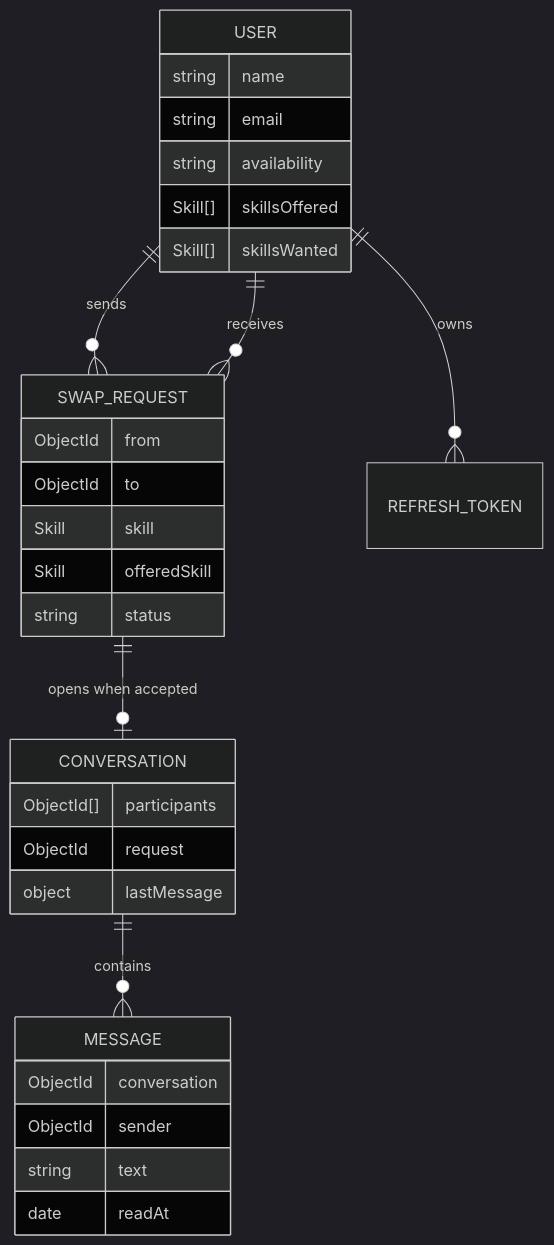
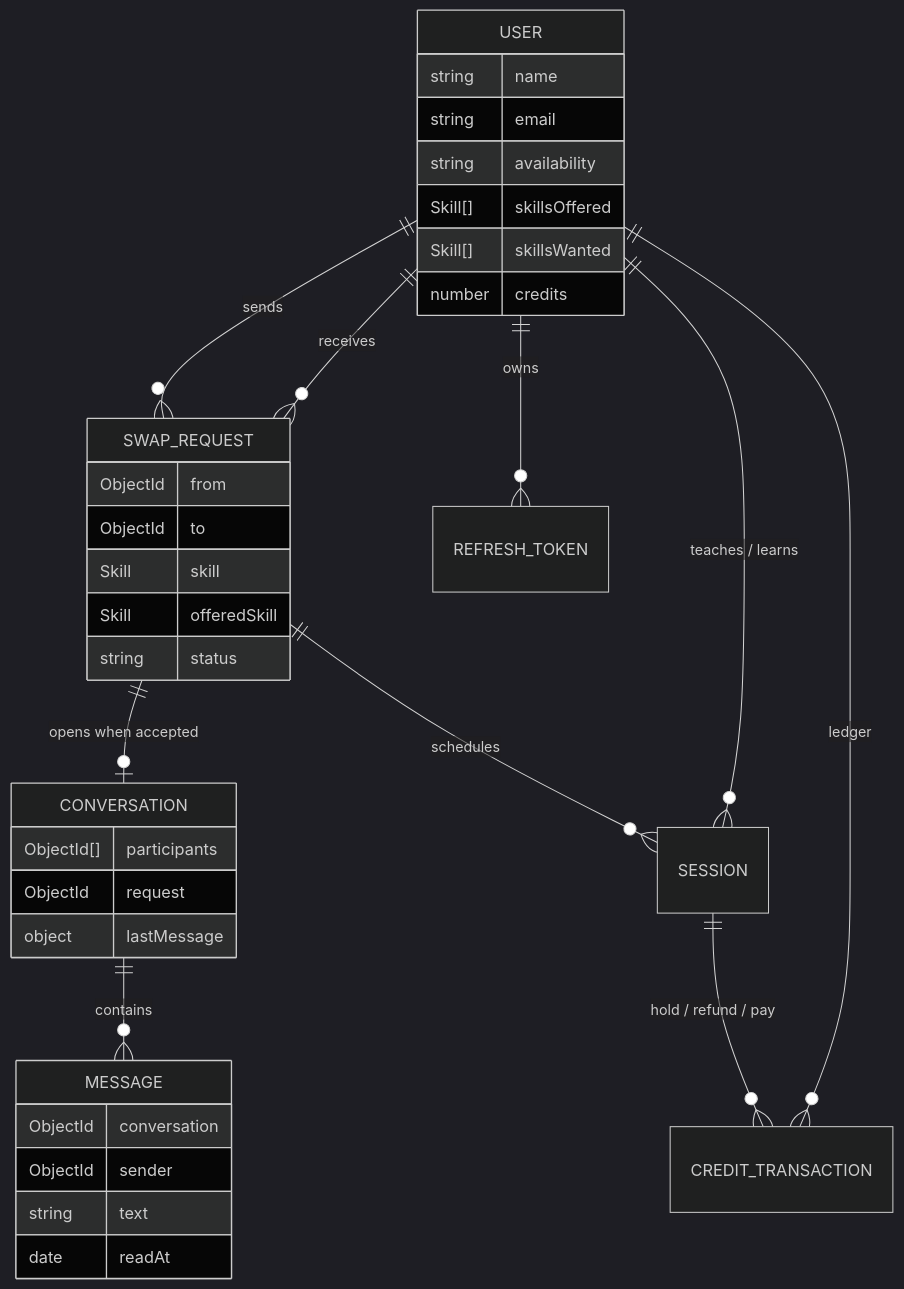
Before and after one commit to aJoshiG/skillswap: the second of 2 diagrams in README.md, drawn with Mermaid (dark theme). The commit also changed other lines of this file and 25 other files, not shown here.

````diff
--- a/README.md
+++ b/README.md
@@ -79,33 +78,38 @@
 ```mermaid
 erDiagram
   USER ||--o{ SWAP_REQUEST : sends
   USER ||--o{ SWAP_REQUEST : receives
   SWAP_REQUEST ||--o| CONVERSATION : "opens when accepted"
   CONVERSATION ||--o{ MESSAGE : contains
   USER ||--o{ REFRESH_TOKEN : owns
+  SWAP_REQUEST ||--o{ SESSION : "schedules"
+  USER ||--o{ SESSION : "teaches / learns"
+  USER ||--o{ CREDIT_TRANSACTION : "ledger"
+  SESSION ||--o{ CREDIT_TRANSACTION : "hold / refund / pay"
   USER {
     string name
     string email
     string availability
     Skill[] skillsOffered
     Skill[] skillsWanted
+    number credits
   }
   SWAP_REQUEST {
     ObjectId from
     ObjectId to
     Skill skill
     Skill offeredSkill
     string status
   }
   CONVERSATION {
     ObjectId[] participants
     ObjectId request
     object lastMessage
   }
   MESSAGE {
     ObjectId conversation
     ObjectId sender
     string text
     date readAt
   }
 ```
````
